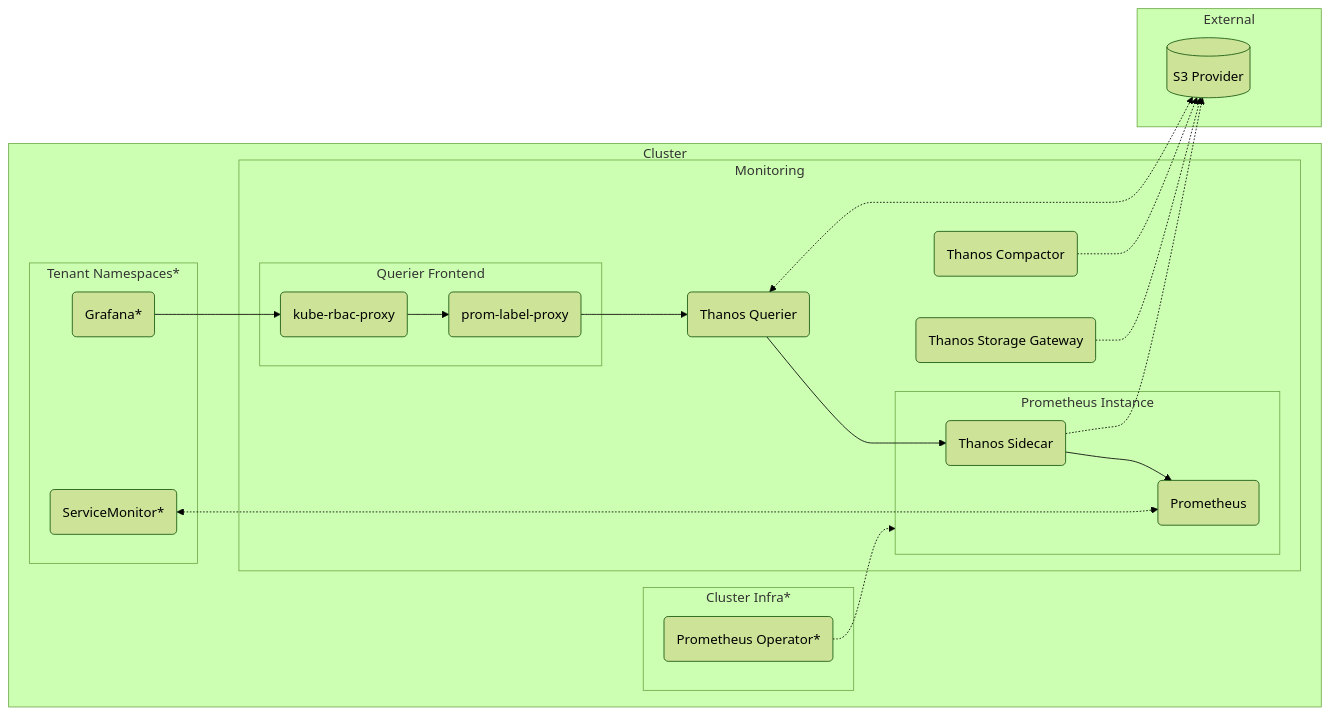
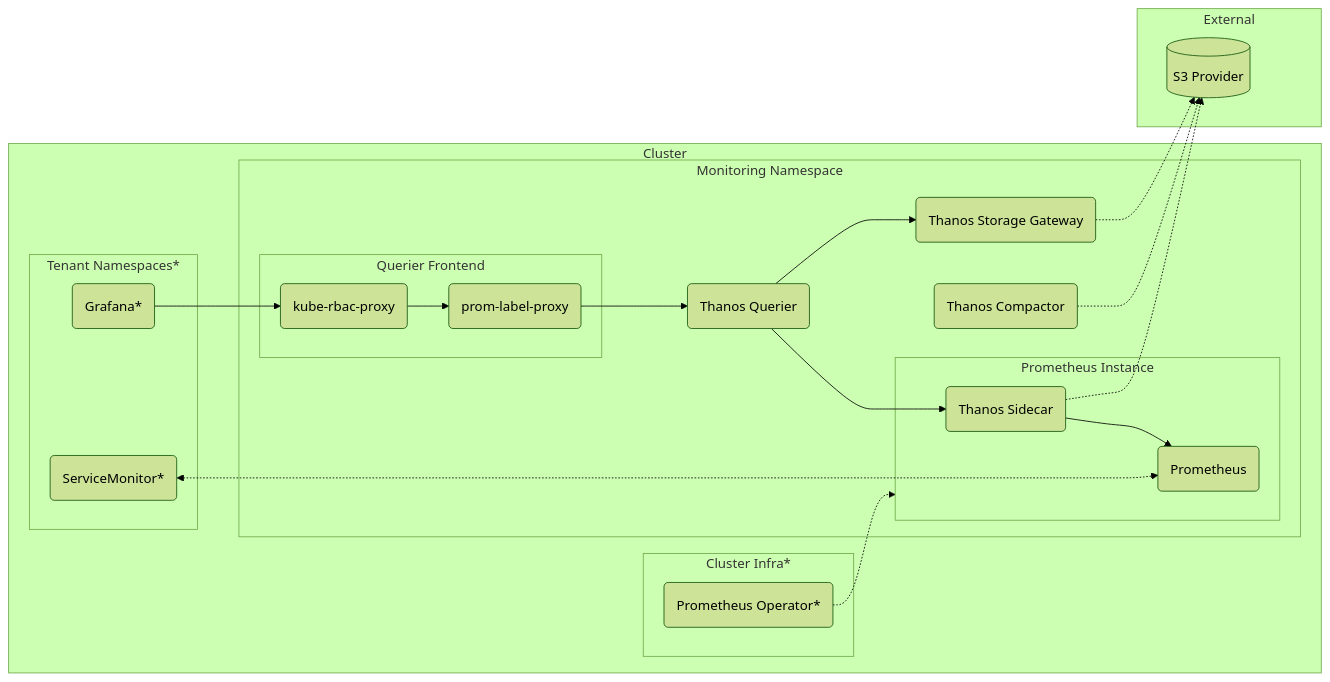
The diagram in prometheus/README.md (konstfish/multi-tenant-observability), drawn with Mermaid (forest theme) before and after one commit. The commit also changed 1 other file, not shown here.

Commit message:
feat(prometheus): minor adjustments

````diff
--- a/prometheus/README.md
+++ b/prometheus/README.md
@@ -7,46 +7,46 @@
 ```mermaid
 flowchart LR
     subgraph Cluster
         subgraph Cluster Infra*
             promop(Prometheus Operator*)
         end
 
         subgraph Tenant Namespaces*
             tengraf(Grafana*)
             tensm(ServiceMonitor*)
         end
 
         tengraf --> krp
 
-        subgraph Monitoring
+        subgraph Monitoring Namespace
             subgraph promi[Prometheus Instance]
                 prom(Prometheus)
                 than(Thanos Sidecar) --> prom
             end
 
             thancom(Thanos Compactor)
             thansto(Thanos Storage Gateway)
             thanquer(Thanos Querier) --> than
+            thanquer --> thansto
 
             subgraph querfront[Querier Frontend]
                 krp(kube-rbac-proxy)
                 krp --> plp(prom-label-proxy)
             end
 
             plp --> thanquer
         end
 
         promop -..-> promi
     end
 
     subgraph External
         s3[(S3 Provider)]
     end
 
     than -.-> s3
     thancom -.-> s3
     thansto -.-> s3
-    thanquer <-.-> s3
 
     tensm <-.-> prom
 ```
````
